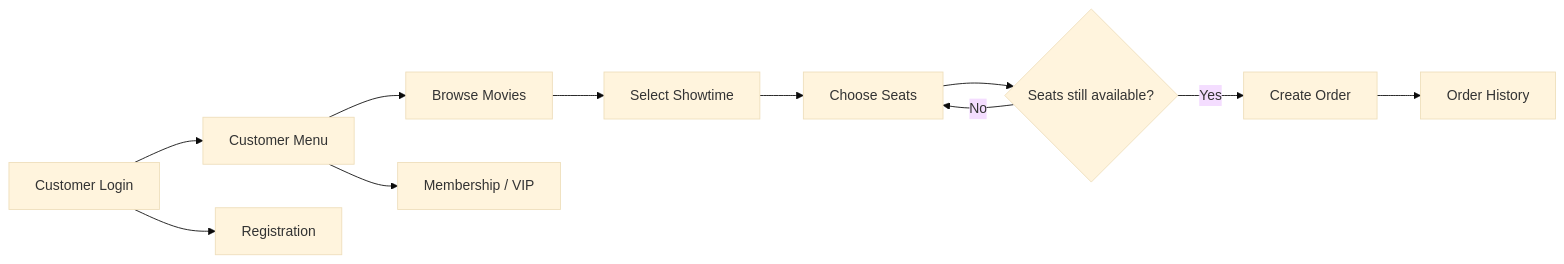
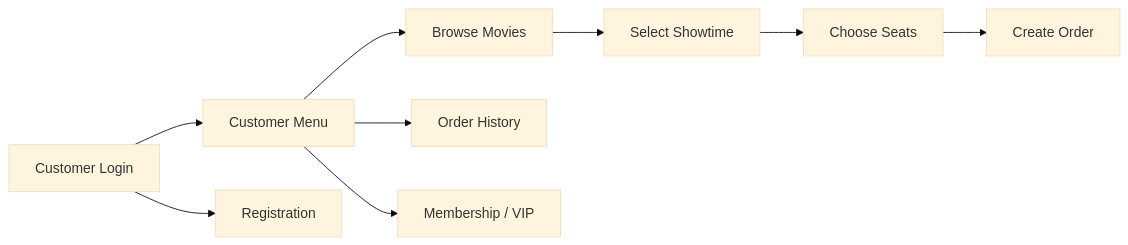
One commit to Vertero/-Cinema-Booking-System changed the first of 3 diagrams in README.md. Above: the diagram before and after it, drawn with Mermaid (base theme). The commit also changed other lines of this file, not shown here.

````diff
--- a/README.md
+++ b/README.md
@@ -40,13 +42,11 @@
 ```mermaid
 flowchart LR
     A[Customer Login] --> B[Customer Menu]
-    B --> C[Browse Movies]
-    C --> D[Select Showtime]
-    D --> E[Choose Seats]
-    E --> F{Seats still available?}
-    F -->|Yes| G[Create Order]
-    F -->|No| E
-    G --> H[Order History]
+    A --> C[Registration]
+    B --> D[Browse Movies]
+    D --> E[Select Showtime]
+    E --> F[Choose Seats]
+    F --> G[Create Order]
+    B --> H[Order History]
     B --> I[Membership / VIP]
-    A --> J[Registration]
 ```
````
